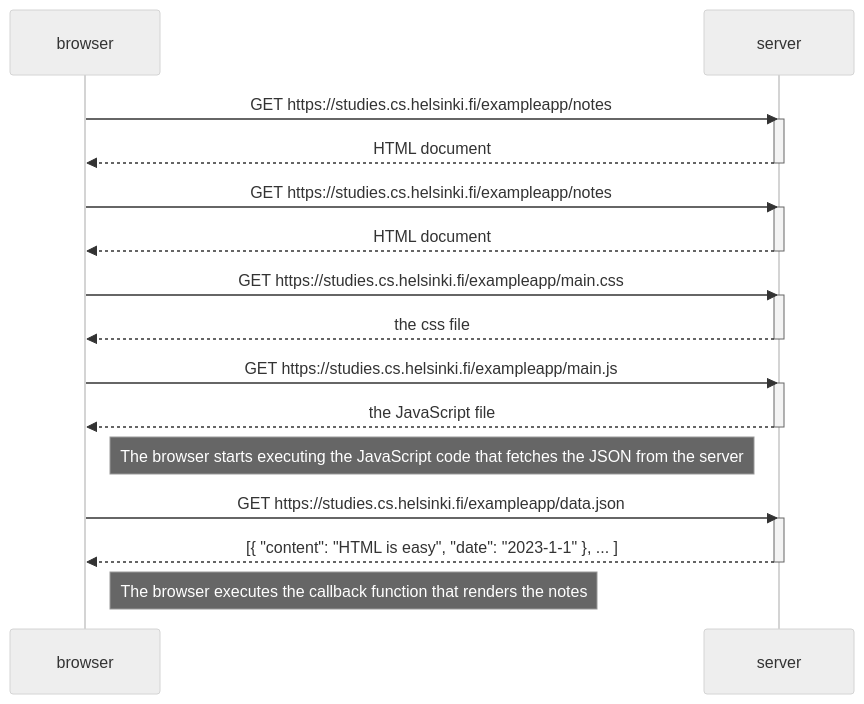
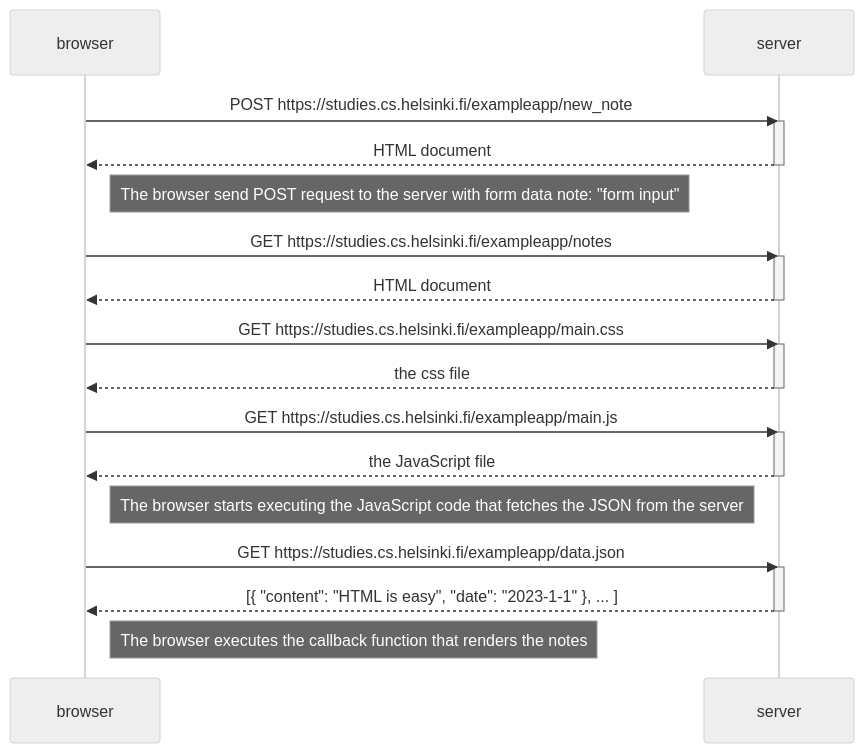
One commit to tontong1412/full-stack-course changed the diagram in part0/new-note-diagram.md. Above: the diagram before and after it, drawn with Mermaid (neutral theme).

Commit message:
part0.4 new note diagram

`````diff
--- a/part0/new-note-diagram.md
+++ b/part0/new-note-diagram.md
@@ -1,34 +1,35 @@
 ```mermaid
 sequenceDiagram
     participant browser
     participant server
 
-    browser->>server: GET https://studies.cs.helsinki.fi/exampleapp/notes
+    browser->>server: POST https://studies.cs.helsinki.fi/exampleapp/new_note
     activate server
     server-->>browser: HTML document
     deactivate server
+    Note right of browser: The browser send POST request to the server with form data note: "form input"
 
     browser->>server: GET https://studies.cs.helsinki.fi/exampleapp/notes
     activate server
     server-->>browser: HTML document
     deactivate server
 
     browser->>server: GET https://studies.cs.helsinki.fi/exampleapp/main.css
     activate server
     server-->>browser: the css file
     deactivate server
 
     browser->>server: GET https://studies.cs.helsinki.fi/exampleapp/main.js
     activate server
     server-->>browser: the JavaScript file
     deactivate server
 
     Note right of browser: The browser starts executing the JavaScript code that fetches the JSON from the server
 
     browser->>server: GET https://studies.cs.helsinki.fi/exampleapp/data.json
     activate server
     server-->>browser: [{ "content": "HTML is easy", "date": "2023-1-1" }, ... ]
     deactivate server
 
     Note right of browser: The browser executes the callback function that renders the notes
 ````
`````
